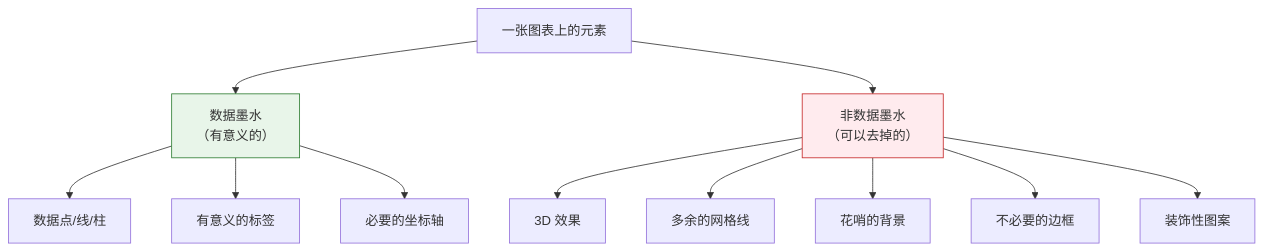
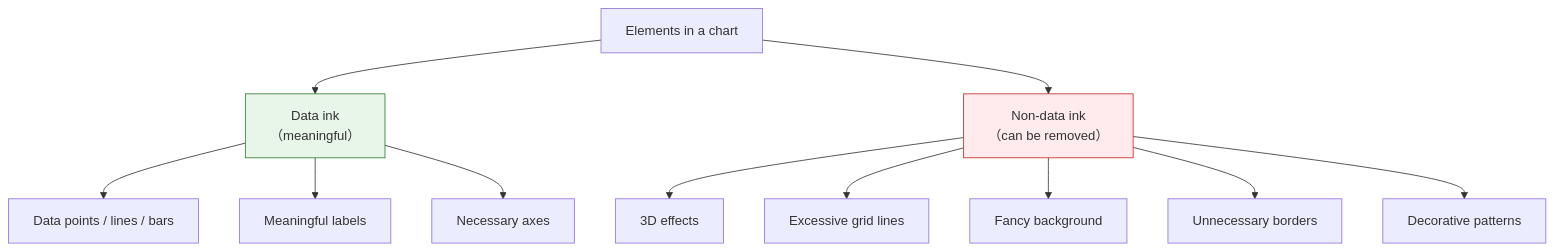
The fourth of 7 diagrams in docs/ch03-data-analysis/ch04-visualization/04-best-practices.md (oudbiao/AI-fullstack-course), drawn with Mermaid before and after one commit. The commit also changed other lines of this file and 1406 other files, not shown here.

````diff
--- a/docs/ch03-data-analysis/ch04-visualization/04-best-practices.md
+++ b/docs/ch03-data-analysis/ch04-visualization/04-best-practices.md
@@ -241,18 +241,18 @@
 ```mermaid
 flowchart TD
-    A["一张图表上的元素"] --> B["数据墨水<br/>（有意义的）"]
-    A --> C["非数据墨水<br/>（可以去掉的）"]
+    A["Elements in a chart"] --> B["Data ink<br/>（meaningful）"]
+    A --> C["Non-data ink<br/>（can be removed）"]
 
-    B --> B1["数据点/线/柱"]
-    B --> B2["有意义的标签"]
-    B --> B3["必要的坐标轴"]
+    B --> B1["Data points / lines / bars"]
+    B --> B2["Meaningful labels"]
+    B --> B3["Necessary axes"]
 
-    C --> C1["3D 效果"]
-    C --> C2["多余的网格线"]
-    C --> C3["花哨的背景"]
-    C --> C4["不必要的边框"]
-    C --> C5["装饰性图案"]
+    C --> C1["3D effects"]
+    C --> C2["Excessive grid lines"]
+    C --> C3["Fancy background"]
+    C --> C4["Unnecessary borders"]
+    C --> C5["Decorative patterns"]
 
     style B fill:#e8f5e9,stroke:#2e7d32,color:#333
     style C fill:#ffebee,stroke:#c62828,color:#333
 ```
````
